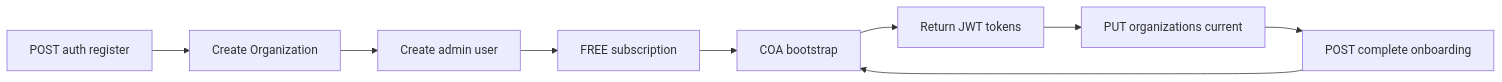
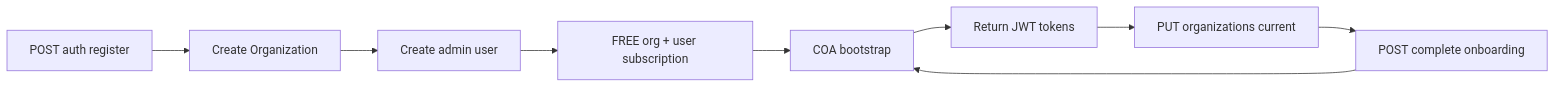
The third of 6 diagrams in README.md (defector221/FlowLedgerAPI), drawn with Mermaid before and after one commit. The commit also changed other lines of this file and 42 other files, not shown here.

````diff
--- a/README.md
+++ b/README.md
@@ -119,11 +119,11 @@
 ```mermaid
 flowchart LR
   A["POST auth register"] --> B["Create Organization"]
   B --> C["Create admin user"]
-  C --> D["FREE subscription"]
+  C --> D["FREE org + user subscription"]
   D --> E["COA bootstrap"]
   E --> F["Return JWT tokens"]
   F --> G["PUT organizations current"]
   G --> H["POST complete onboarding"]
   H --> E
 ```
````
